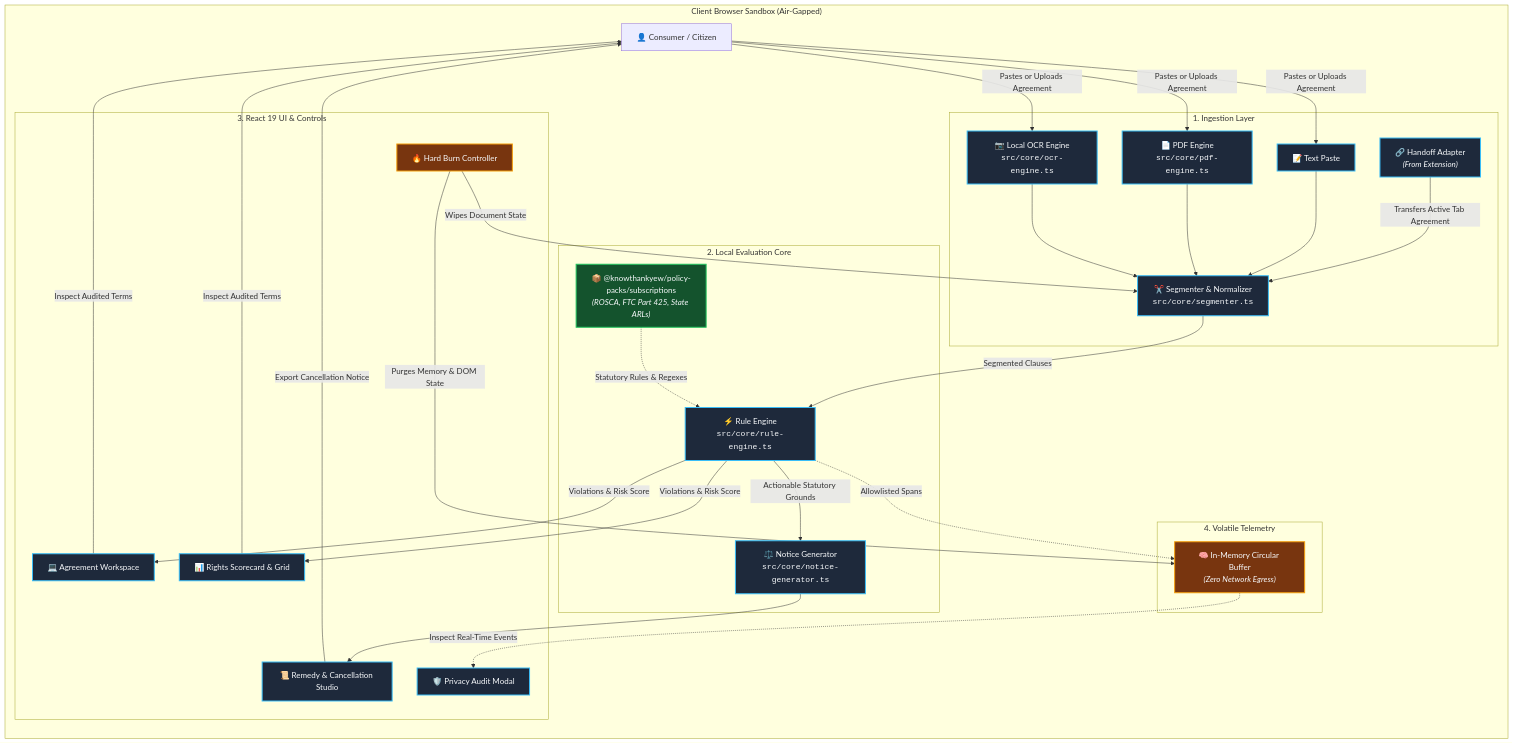
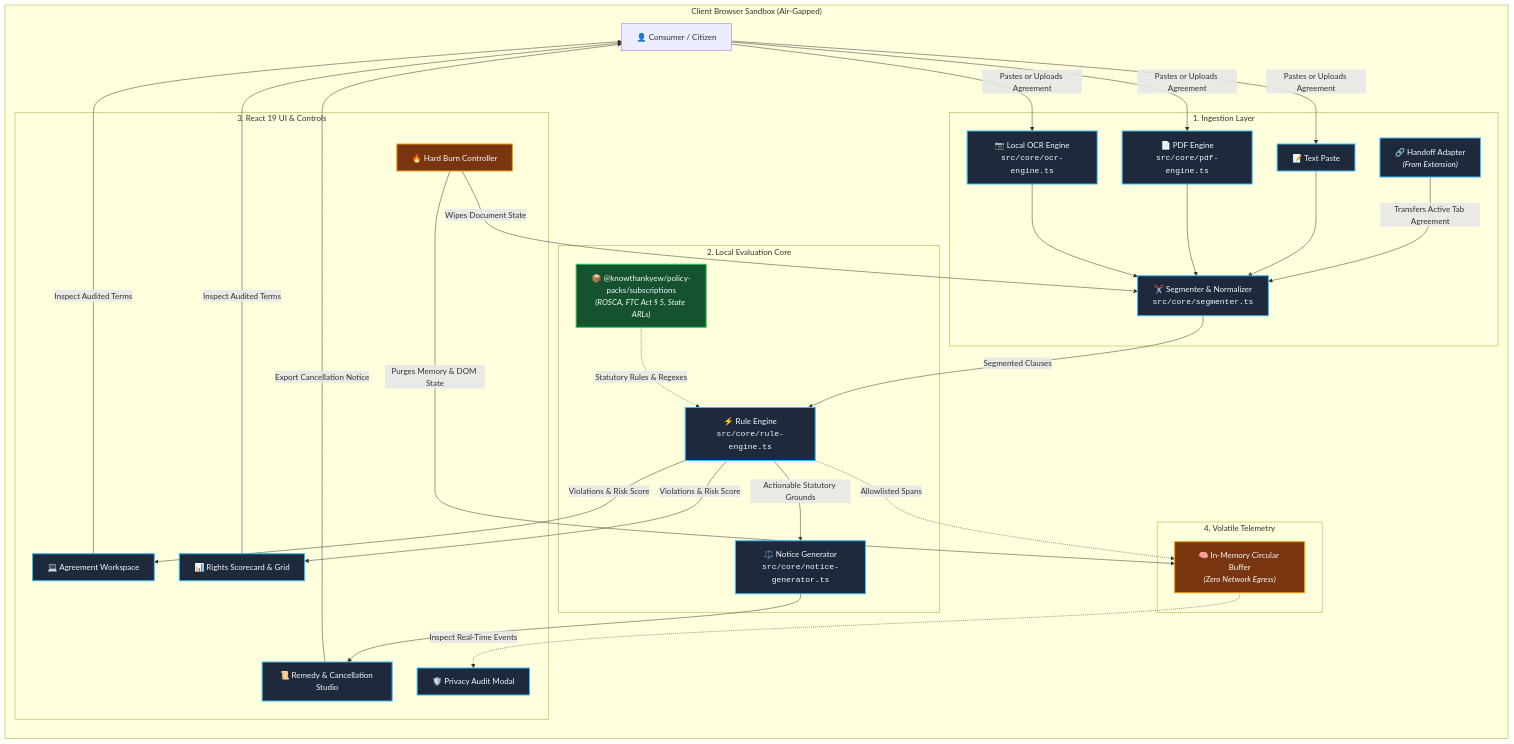
One commit to knowthankyew/bill-of-rights-bot changed the first of 2 diagrams in docs/ARCHITECTURE.md. Above: the diagram before and after it, drawn with Mermaid. The commit also changed other lines of this file and 16 other files, not shown here.

Commit message:
fix(legal): replace vacated 16 CFR Part 425 citations with ROSCA and add GitHub Pages workflow

````diff
--- a/docs/ARCHITECTURE.md
+++ b/docs/ARCHITECTURE.md
@@ -24,62 +24,62 @@
 ```mermaid
 flowchart LR
     subgraph ClientEnvironment["Client Browser Sandbox (Air-Gapped)"]
         User["👤 Consumer / Citizen"]
 
         subgraph Ingestion["1. Ingestion Layer"]
             TextPaste["📝 Text Paste"]
             PDFIngest["📄 PDF Engine<br/><code>src/core/pdf-engine.ts</code>"]
             OCRIngest["📷 Local OCR Engine<br/><code>src/core/ocr-engine.ts</code>"]
             Handoff["🔗 Handoff Adapter<br/><i>(From Extension)</i>"]
             Segmenter["✂️ Segmenter & Normalizer<br/><code>src/core/segmenter.ts</code>"]
         end
 
         subgraph CoreEngine["2. Local Evaluation Core"]
             RuleEngine["⚡ Rule Engine<br/><code>src/core/rule-engine.ts</code>"]
-            PolicyPack["📦 @knowthankyew/policy-packs/subscriptions<br/><i>(ROSCA, FTC Part 425, State ARLs)</i>"]
+            PolicyPack["📦 @knowthankyew/policy-packs/subscriptions<br/><i>(ROSCA, FTC Act § 5, State ARLs)</i>"]
             RemedyEngine["⚖️ Notice Generator<br/><code>src/core/notice-generator.ts</code>"]
         end
 
         subgraph Presentation["3. React 19 UI & Controls"]
             Workspace["💻 Agreement Workspace"]
             Scorecard["📊 Rights Scorecard & Grid"]
             RemedyStudio["📜 Remedy & Cancellation Studio"]
             PrivacyModal["🛡️ Privacy Audit Modal"]
             BurnCtrl["🔥 Hard Burn Controller"]
         end
 
         subgraph TelemetryStore["4. Volatile Telemetry"]
             TelemBuffer["🧠 In-Memory Circular Buffer<br/><i>(Zero Network Egress)</i>"]
         end
     end
 
     %% Ingestion flow
     User -->|"Pastes or Uploads Agreement"| TextPaste & PDFIngest & OCRIngest
     Handoff -->|"Transfers Active Tab Agreement"| Segmenter
     TextPaste & PDFIngest & OCRIngest --> Segmenter
 
     Segmenter -->|"Segmented Clauses"| RuleEngine
     PolicyPack -.->|"Statutory Rules & Regexes"| RuleEngine
 
     RuleEngine -->|"Violations & Risk Score"| Workspace & Scorecard
     RuleEngine -->|"Actionable Statutory Grounds"| RemedyEngine
     RemedyEngine --> RemedyStudio
 
     Workspace & Scorecard -->|"Inspect Audited Terms"| User
     RemedyStudio -->|"Export Cancellation Notice"| User
 
     %% Telemetry & Burn
     RuleEngine -.->|"Allowlisted Spans"| TelemBuffer
     TelemBuffer -.->|"Inspect Real-Time Events"| PrivacyModal
     BurnCtrl -->|"Purges Memory & DOM State"| TelemBuffer
     BurnCtrl -->|"Wipes Document State"| Segmenter
 
     classDef client fill:#0f172a,stroke:#64748b,stroke-width:1px,color:#f8fafc;
     classDef comp fill:#1e293b,stroke:#38bdf8,stroke-width:2px,color:#f8fafc;
     classDef pkg fill:#14532d,stroke:#22c55e,stroke-width:2px,color:#f8fafc;
     classDef burn fill:#78350f,stroke:#f59e0b,stroke-width:2px,color:#f8fafc;
 
     class TextPaste,PDFIngest,OCRIngest,Handoff,Segmenter,RuleEngine,RemedyEngine,Workspace,Scorecard,RemedyStudio,PrivacyModal comp;
     class PolicyPack pkg;
     class TelemBuffer,BurnCtrl burn;
 ```
````
